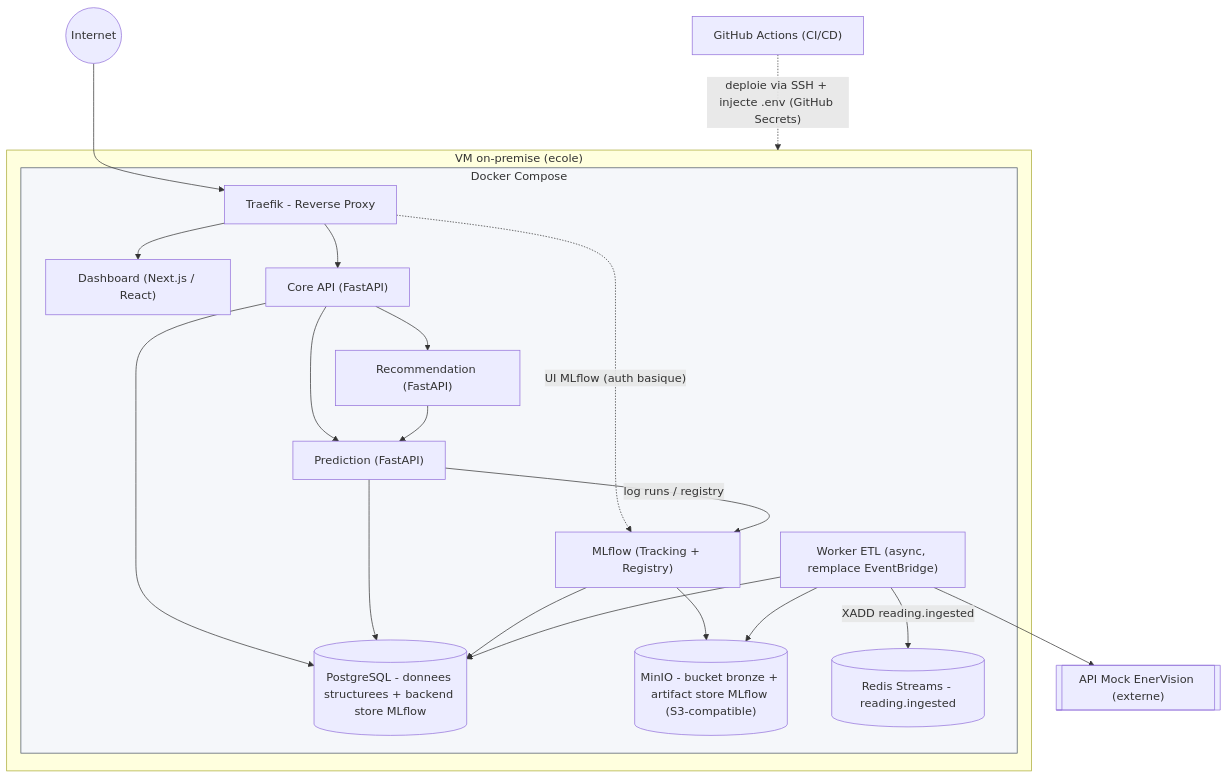
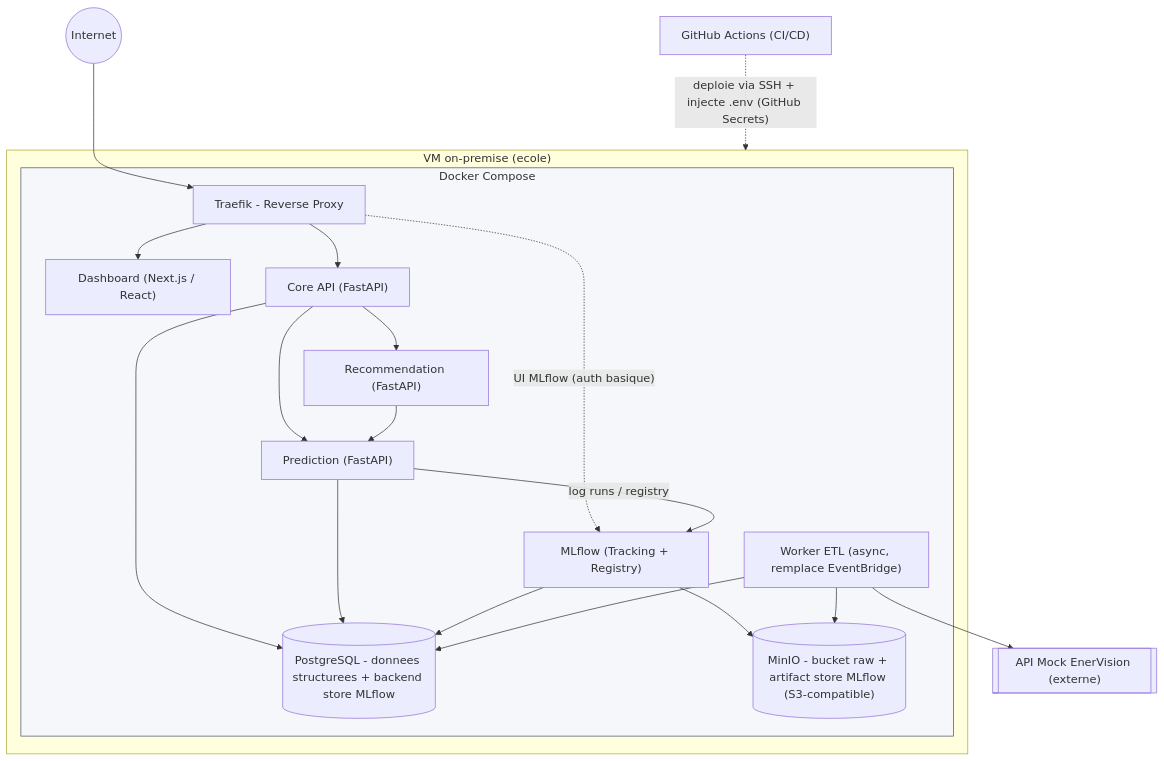
Before and after one commit to PetitPingu/EnerVision: the diagram in docs/archi_infra.md, drawn with Mermaid. The commit also changed other lines of this file and 30 other files, not shown here.

````diff
--- a/docs/archi_infra.md
+++ b/docs/archi_infra.md
@@ -24,41 +23,39 @@
 ```mermaid
 flowchart TB
     Internet((Internet))
     Mock[["API Mock EnerVision (externe)"]]
     CI["GitHub Actions (CI/CD)"]
  
     subgraph VM["VM on-premise (ecole)"]
         subgraph Net["Docker Compose"]
             RP["Traefik - Reverse Proxy"]
             Dash["Dashboard (Next.js / React)"]
             API["Core API (FastAPI)"]
             Pred["Prediction (FastAPI)"]
             Reco["Recommendation (FastAPI)"]
             Etl["Worker ETL (async, remplace EventBridge)"]
             MLflow["MLflow (Tracking + Registry)"]
             PG[("PostgreSQL - donnees structurees + backend store MLflow")]
-            Minio[("MinIO - bucket bronze + artifact store MLflow (S3-compatible)")]
-            Redis[("Redis Streams - reading.ingested")]
+            Minio[("MinIO - bucket raw + artifact store MLflow (S3-compatible)")]
         end
     end
  
     Internet --> RP
     RP --> Dash
     RP --> API
     RP -. "UI MLflow (auth basique)" .-> MLflow
     API --> Pred
     API --> Reco
     Reco --> Pred
     API --> PG
     Pred --> PG
     Pred -- "log runs / registry" --> MLflow
     MLflow --> PG
     MLflow --> Minio
     Etl --> PG
     Etl --> Minio
     Etl --> Mock
-    Etl -- "XADD reading.ingested" --> Redis
     CI -. "deploie via SSH + injecte .env (GitHub Secrets)" .-> VM
  
     style Net fill:#f5f7fa,stroke:#4a5568,stroke-width:1px
 ```
````
